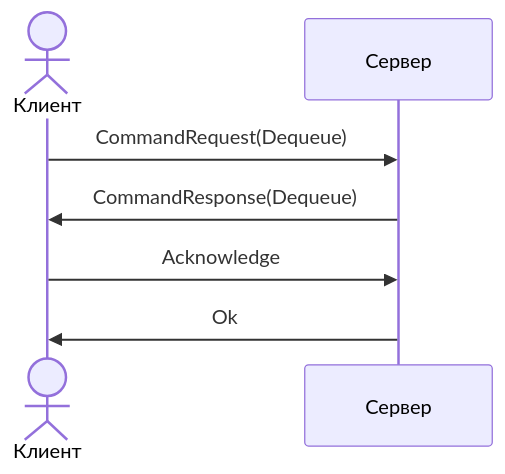
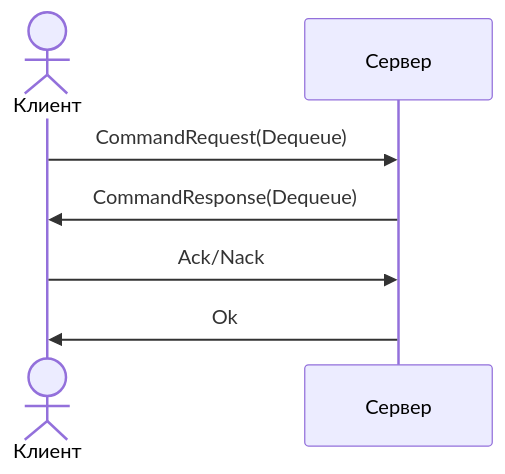
One commit to ashenBlade/TaskFlux changed the fourth of 4 diagrams in docs/developer/client-network-protocol.md. Above: the diagram before and after it, drawn with Mermaid. The commit also changed other lines of this file and 155 other files, not shown here.

````diff
--- a/docs/developer/client-network-protocol.md
+++ b/docs/developer/client-network-protocol.md
@@ -134,10 +138,10 @@
 ```mermaid
 sequenceDiagram
     actor Клиент
     participant Сервер
     
     Клиент->>Сервер: CommandRequest(Dequeue)
-    Сервер->>Клиент: CommandResponse(Dequeue) 
-    Клиент->>Сервер: Acknowledge
+    Сервер->>Клиент: CommandResponse(Dequeue)
+   Клиент ->> Сервер: Ack/Nack
     Сервер->>Клиент: Ok 
 ```
````
